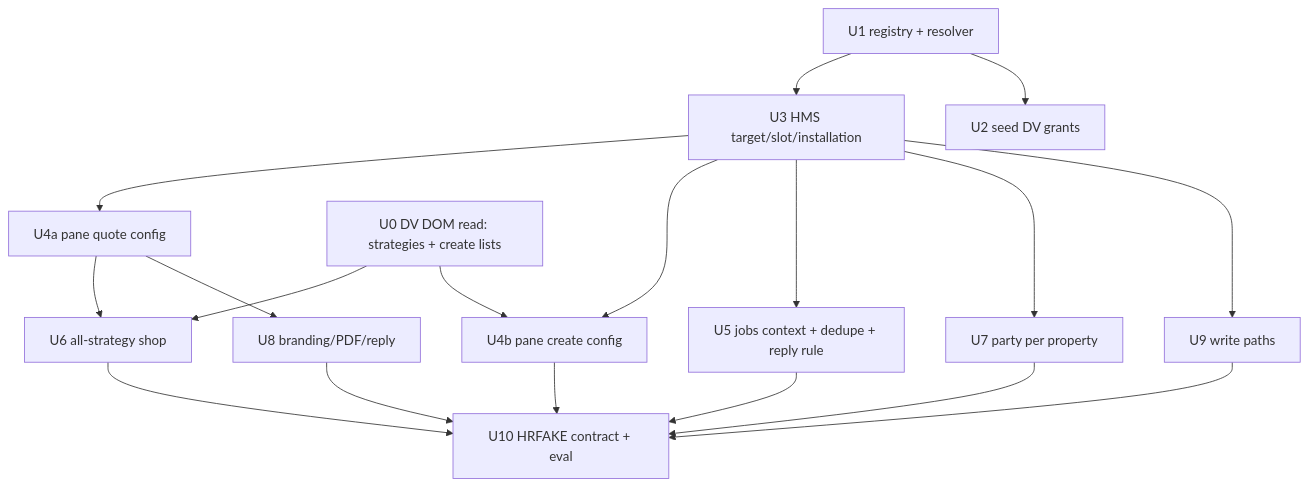
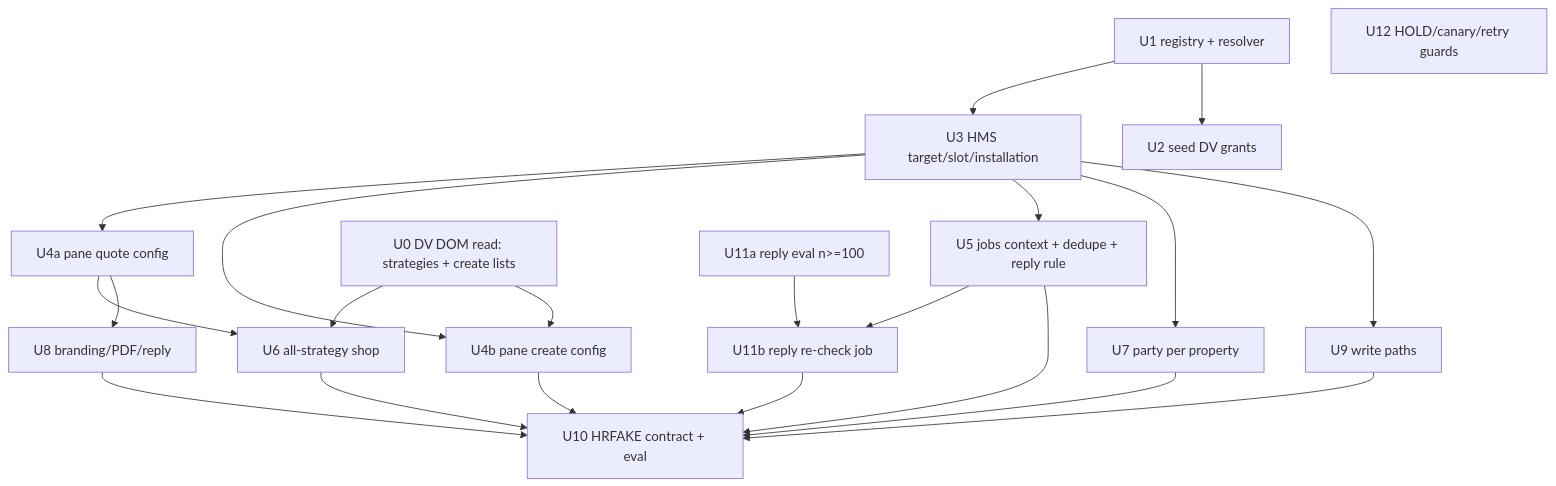
One commit to kufupa/Zero changed the second of 2 diagrams in docs/plans/2026-10-24-001-multi-hotel-shape.md. Above: the diagram before and after it, drawn with Mermaid. The commit also changed other lines of this file and 3 other files, not shown here.

Commit message:
docs(plan): multi-hotel rev 2 — evidence ETA, reply re-check, run contract, collector mailbox

````diff
--- a/docs/plans/2026-10-24-001-multi-hotel-shape.md
+++ b/docs/plans/2026-10-24-001-multi-hotel-shape.md
@@ -120,15 +126,18 @@
 ```mermaid
 flowchart TB
   U1[U1 registry + resolver] --> U3[U3 HMS target/slot/installation]
   U1 --> U2[U2 seed DV grants]
   U3 --> U4a[U4a pane quote config]
   U3 --> U4b[U4b pane create config]
   U3 --> U5[U5 jobs context + dedupe + reply rule]
   U3 --> U7[U7 party per property]
   U3 --> U9[U9 write paths]
   U4a --> U6[U6 all-strategy shop]
   U4a --> U8[U8 branding/PDF/reply]
   U0[U0 DV DOM read: strategies + create lists] --> U6
   U0 --> U4b
-  U6 & U4b & U5 & U7 & U8 & U9 --> U10[U10 HRFAKE contract + eval]
+  U5 --> U11b[U11b reply re-check job]
+  U11a[U11a reply eval n>=100] --> U11b
+  U12[U12 HOLD/canary/retry guards]
+  U6 & U4b & U5 & U7 & U8 & U9 & U11b --> U10[U10 HRFAKE contract + eval]
 ```
````
